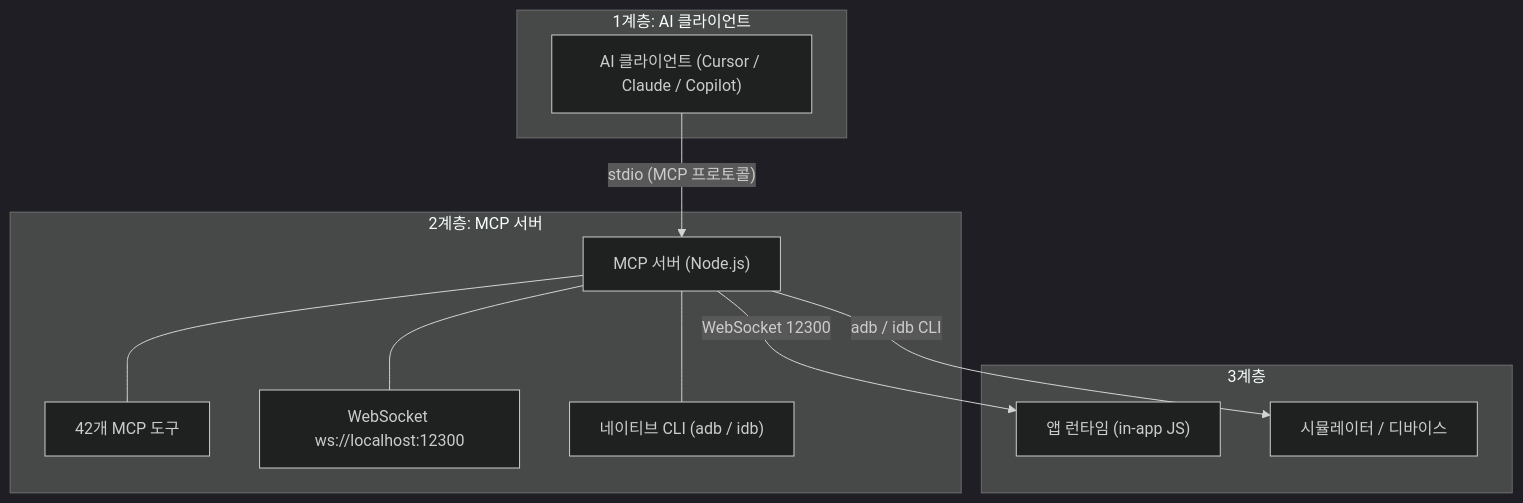
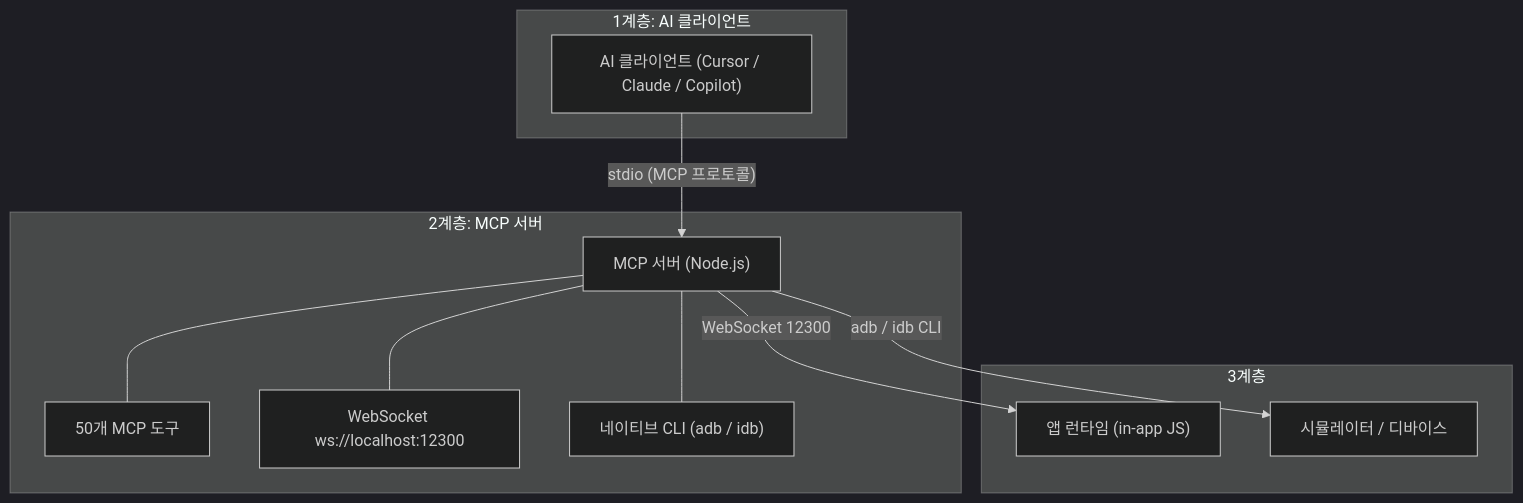
Before and after one commit to ohah/react-native-mcp: the first of 3 diagrams in document/docs/ko/contribute.mdx, drawn with Mermaid (dark theme). The commit also changed other lines of this file and 30 other files, not shown here.

````diff
--- a/document/docs/ko/contribute.mdx
+++ b/document/docs/ko/contribute.mdx
@@ -131,22 +131,22 @@
 ```mermaid
 graph TB
   subgraph Layer1["1계층: AI 클라이언트"]
     AI["AI 클라이언트 (Cursor / Claude / Copilot)"]
   end
 
   subgraph Layer2["2계층: MCP 서버"]
     MCP["MCP 서버 (Node.js)"]
-    MCP --- M1["42개 MCP 도구"]
+    MCP --- M1["50개 MCP 도구"]
     MCP --- M2["WebSocket ws://localhost:12300"]
     MCP --- M3["네이티브 CLI (adb / idb)"]
   end
 
   subgraph Layer3["3계층"]
     App["앱 런타임 (in-app JS)"]
     Dev["시뮬레이터 / 디바이스"]
   end
 
   AI -->|"stdio (MCP 프로토콜)"| MCP
   MCP -->|"WebSocket 12300"| App
   MCP -->|"adb / idb CLI"| Dev
 ```
````
